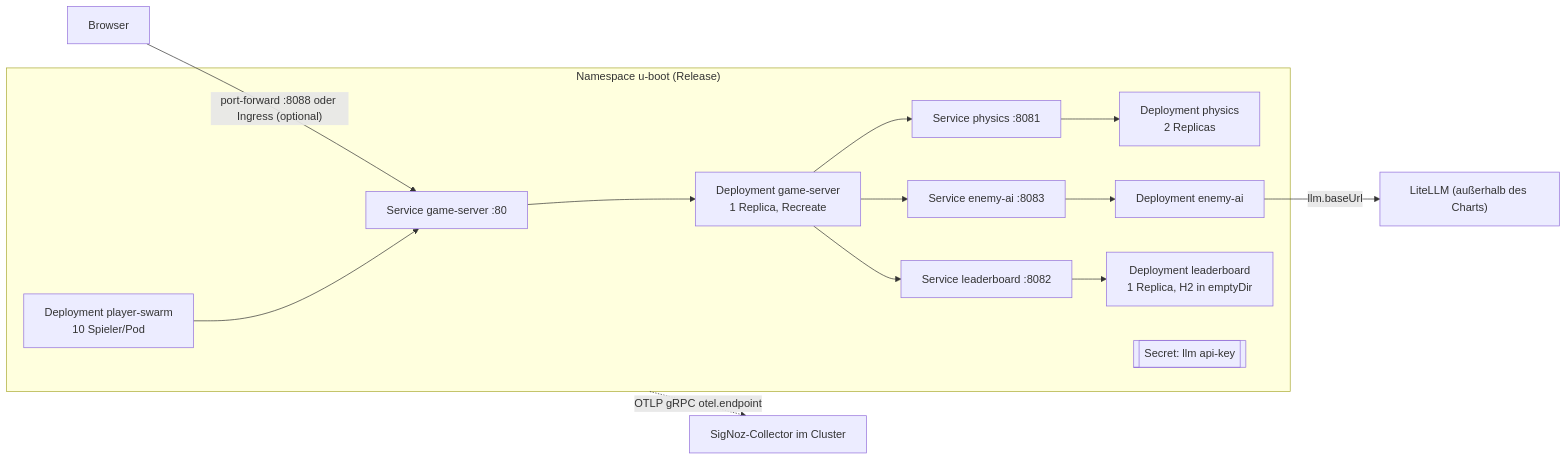
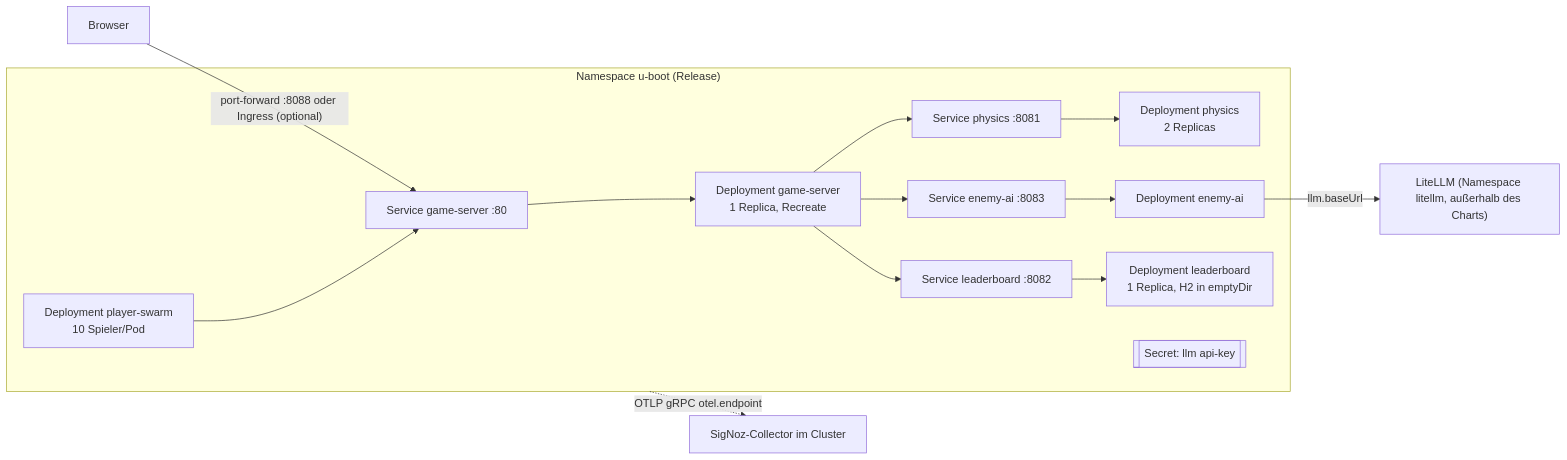
One commit to c-kaiser/u-boot-arcade changed the diagram in arc-doc/07-Verteilungssicht/07-04-Kubernetes-Helm.md. Above: the diagram before and after it, drawn with Mermaid. The commit also changed other lines of this file and 30 other files, not shown here.

First line of the commit message:
LiteLLM aus dem Workshop-Cluster, Modell DeepSeek (ADR-15)

````diff
--- a/arc-doc/07-Verteilungssicht/07-04-Kubernetes-Helm.md
+++ b/arc-doc/07-Verteilungssicht/07-04-Kubernetes-Helm.md
@@ -9,14 +9,14 @@
 ```mermaid
 flowchart LR
     U["Browser"] -- "port-forward :8088 oder Ingress (optional)" --> SGS
     subgraph NS["Namespace u-boot (Release)"]
         SGS["Service game-server :80"] --> GS["Deployment game-server<br/>1 Replica, Recreate"]
         GS --> SPH["Service physics :8081"] --> PH["Deployment physics<br/>2 Replicas"]
         GS --> SAI["Service enemy-ai :8083"] --> AI["Deployment enemy-ai"]
         GS --> SLB["Service leaderboard :8082"] --> LB["Deployment leaderboard<br/>1 Replica, H2 in emptyDir"]
         SW["Deployment player-swarm<br/>10 Spieler/Pod"] --> SGS
         SEC[["Secret: llm api-key"]]
     end
-    AI -- "llm.baseUrl" --> LL["LiteLLM (außerhalb des Charts)"]
+    AI -- "llm.baseUrl" --> LL["LiteLLM (Namespace litellm, außerhalb des Charts)"]
     NS -. "OTLP gRPC otel.endpoint" .-> SZ["SigNoz-Collector im Cluster"]
 ```
````
